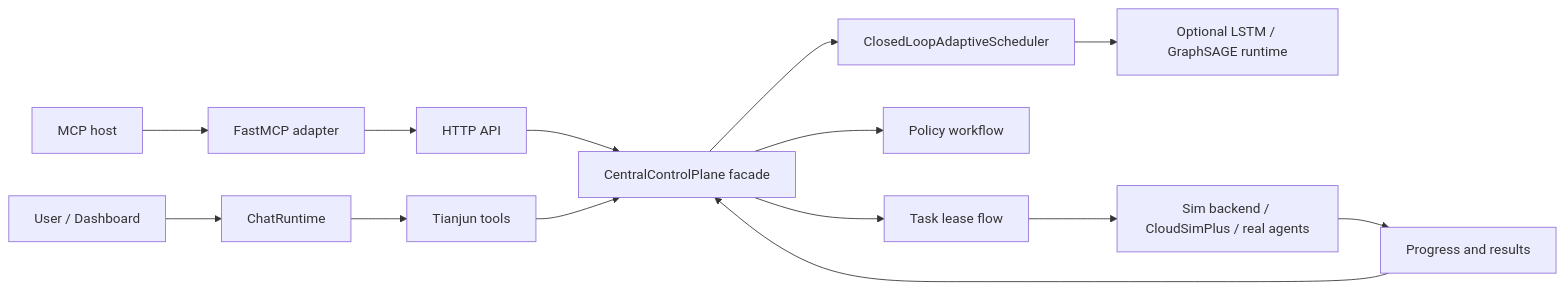
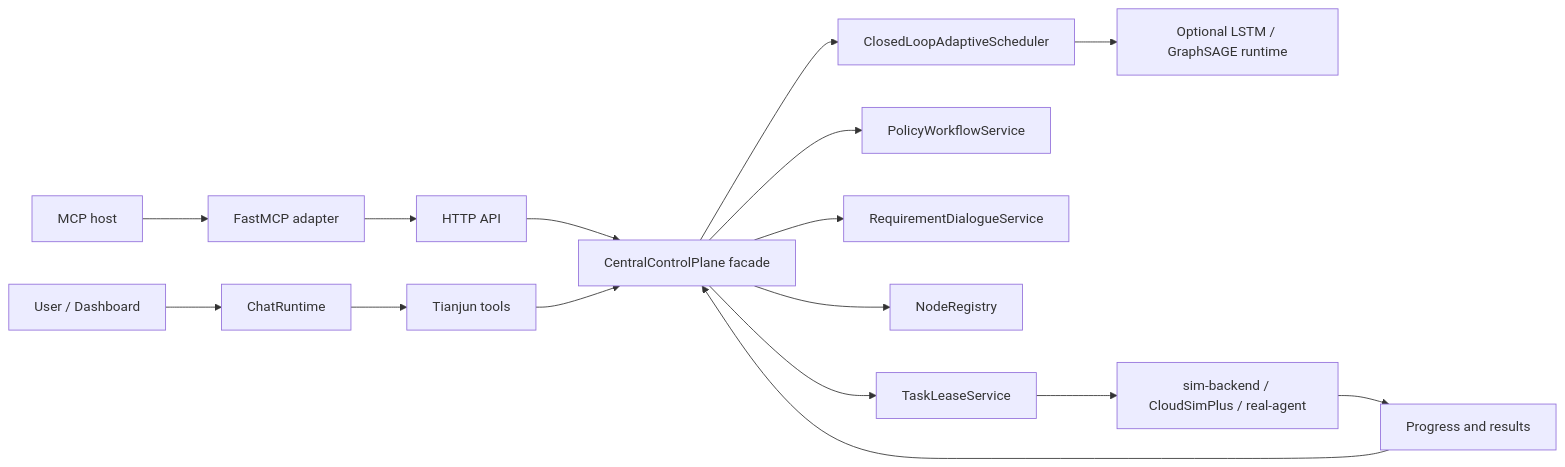
One commit to diputs18/Tianjun-Engine changed the diagram in README.md. Above: the diagram before and after it, drawn with Mermaid. The commit also changed other lines of this file and 8 other files, not shown here.

````diff
--- a/README.md
+++ b/README.md
@@ -73,16 +111,18 @@
 ```mermaid
 flowchart LR
     User["User / Dashboard"] --> Chat["ChatRuntime"]
     MCP["MCP host"] --> MCPServer["FastMCP adapter"]
     Chat --> Tools["Tianjun tools"]
     MCPServer --> HTTP["HTTP API"]
     HTTP --> CP["CentralControlPlane facade"]
     Tools --> CP
     CP --> Scheduler["ClosedLoopAdaptiveScheduler"]
-    CP --> Policy["Policy workflow"]
-    CP --> Leases["Task lease flow"]
+    CP --> Policy["PolicyWorkflowService"]
+    CP --> Requirements["RequirementDialogueService"]
+    CP --> Nodes["NodeRegistry"]
+    CP --> Leases["TaskLeaseService"]
     Scheduler --> ML["Optional LSTM / GraphSAGE runtime"]
-    Leases --> Agents["Sim backend / CloudSimPlus / real agents"]
+    Leases --> Agents["sim-backend / CloudSimPlus / real-agent"]
     Agents --> Results["Progress and results"]
     Results --> CP
 ```
````
